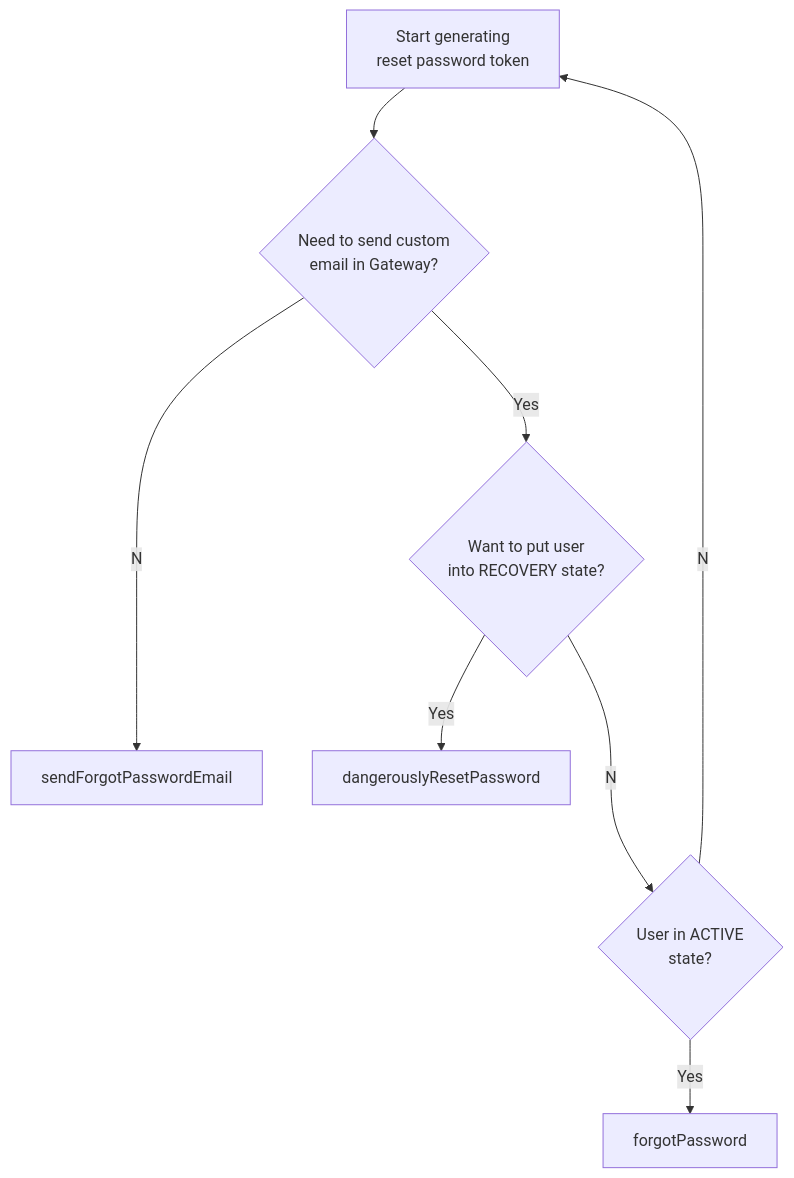
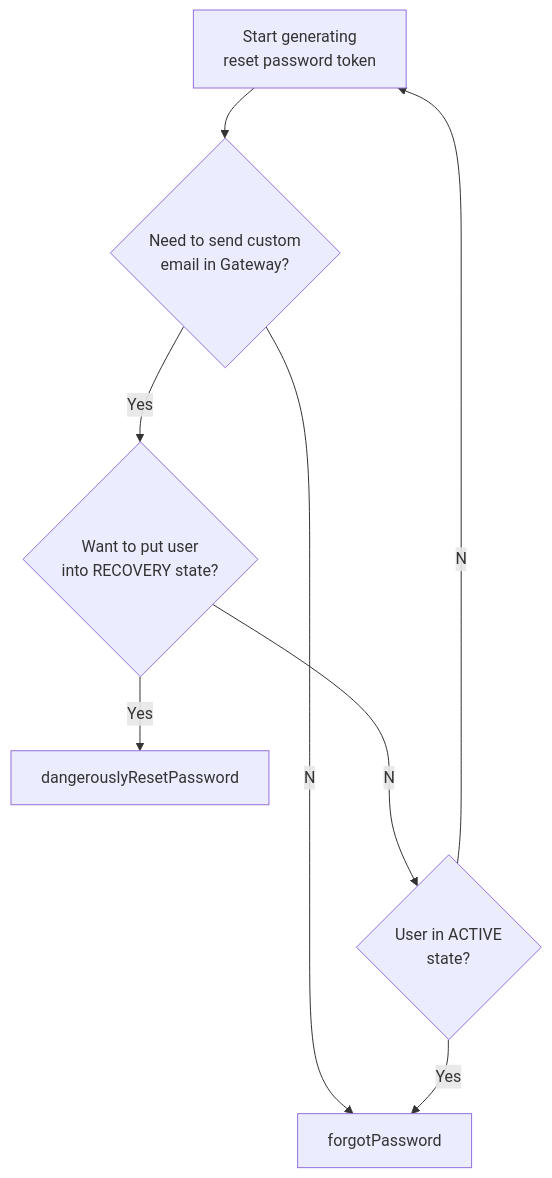
The diagram in docs/okta/password-reset.md (guardian/gateway), drawn with Mermaid before and after one commit. The commit also changed 3 other files, not shown here.

Commit message:
chore(ResetPassword): remove unused `sendForgotPasswordEmail` function and update documentation

````diff
--- a/docs/okta/password-reset.md
+++ b/docs/okta/password-reset.md
@@ -29,11 +29,11 @@
 ```mermaid
 flowchart TD
     start[Start generating<br>reset password token] -->
     customEmail{Need to send custom<br>email in Gateway?}
     customEmail --Yes--> recoveryState{Want to put user<br>into RECOVERY state?}
-    customEmail --No--> sendForgotPasswordEmail
+    customEmail --No--> forgotPassword
     recoveryState --No--> inActiveState{User in ACTIVE<br>state?}
     recoveryState --Yes--> dangerouslyResetPassword
     inActiveState --Yes-->forgotPassword
     inActiveState --No--> start
 ```
````
